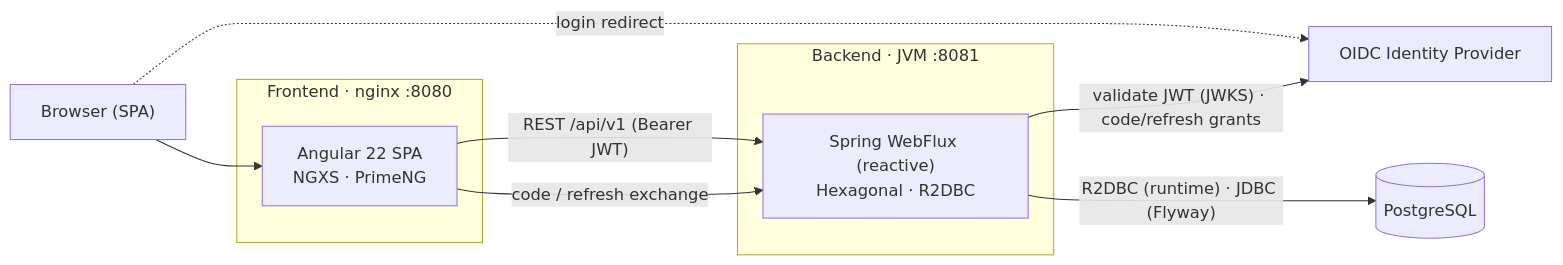
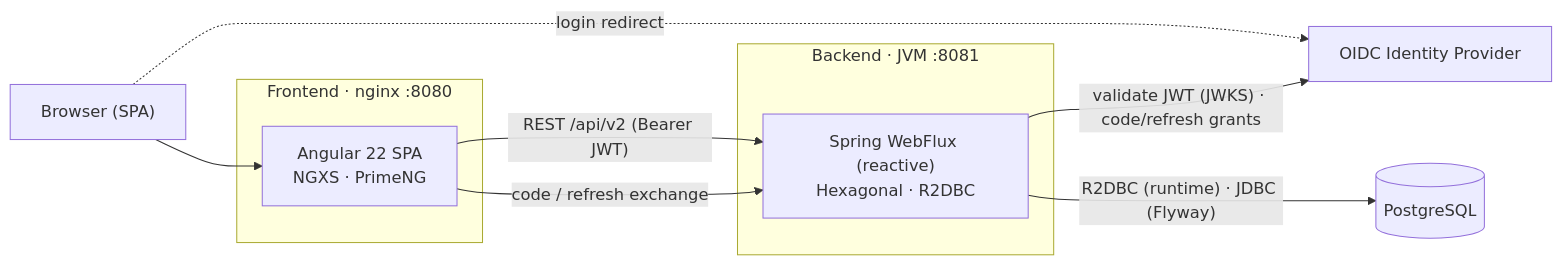
The diagram in documentation/registry/technical/index.md (laucoin/Documentations), drawn with Mermaid before and after one commit. The commit also changed other lines of this file and 86 other files, not shown here.

````diff
--- a/documentation/registry/technical/index.md
+++ b/documentation/registry/technical/index.md
@@ -9,19 +9,19 @@
 ```mermaid
 flowchart LR
     Browser["Browser (SPA)"]
     subgraph Frontend["Frontend · nginx :8080"]
       SPA["Angular 22 SPA<br/>NGXS · PrimeNG"]
     end
     subgraph Backend["Backend · JVM :8081"]
       API["Spring WebFlux (reactive)<br/>Hexagonal · R2DBC"]
     end
     IdP["OIDC Identity Provider"]
     DB[("PostgreSQL")]
 
     Browser --> SPA
-    SPA -- "REST /api/v1 (Bearer JWT)" --> API
+    SPA -- "REST /api/v2 (Bearer JWT)" --> API
     Browser -. "login redirect" .-> IdP
     SPA -- "code / refresh exchange" --> API
     API -- "validate JWT (JWKS) · code/refresh grants" --> IdP
     API -- "R2DBC (runtime) · JDBC (Flyway)" --> DB
 ```
````
